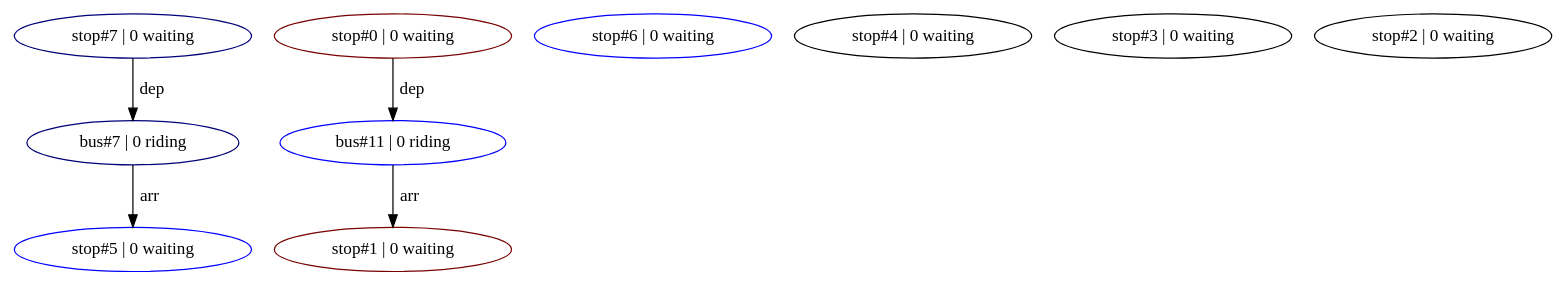
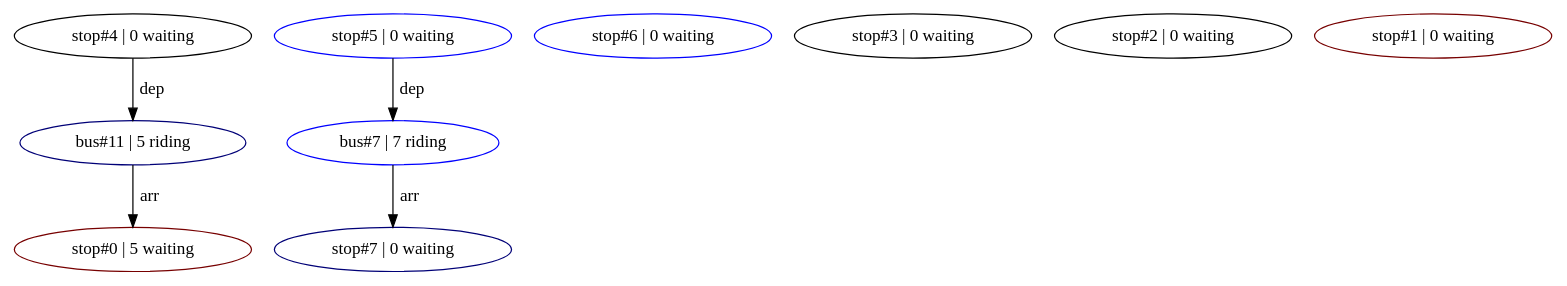
The diagram in bin/mts_digraph.dot (spmatthews03/MARTA), drawn with Graphviz before and after one commit. The commit also changed 11 other files, not shown here.

```diff
--- a/bin/mts_digraph.dot
+++ b/bin/mts_digraph.dot
@@ -1,19 +1,19 @@
 digraph G
 {
-  bus7 [ label="bus#7 | 0 riding", color="#000077"];
-  bus11 [ label="bus#11 | 0 riding", color="#0000FF"];
+  bus11 [ label="bus#11 | 5 riding", color="#000077"];
+  bus7 [ label="bus#7 | 7 riding", color="#0000FF"];
 
   stop7 [ label="stop#7 | 0 waiting", color="#000077"];
   stop6 [ label="stop#6 | 0 waiting", color="#0000FF"];
   stop5 [ label="stop#5 | 0 waiting", color="#0000FF"];
   stop4 [ label="stop#4 | 0 waiting", color="#000000"];
   stop3 [ label="stop#3 | 0 waiting", color="#000000"];
   stop2 [ label="stop#2 | 0 waiting", color="#000000"];
   stop1 [ label="stop#1 | 0 waiting", color="#770000"];
-  stop0 [ label="stop#0 | 0 waiting", color="#770000"];
+  stop0 [ label="stop#0 | 5 waiting", color="#770000"];
 
-  stop7 -> bus7 [ label=" dep" ];
-  bus7 -> stop5 [ label=" arr" ];
-  stop0 -> bus11 [ label=" dep" ];
-  bus11 -> stop1 [ label=" arr" ];
+  stop5 -> bus7 [ label=" dep" ];
+  bus7 -> stop7 [ label=" arr" ];
+  stop4 -> bus11 [ label=" dep" ];
+  bus11 -> stop0 [ label=" arr" ];
 }
```
